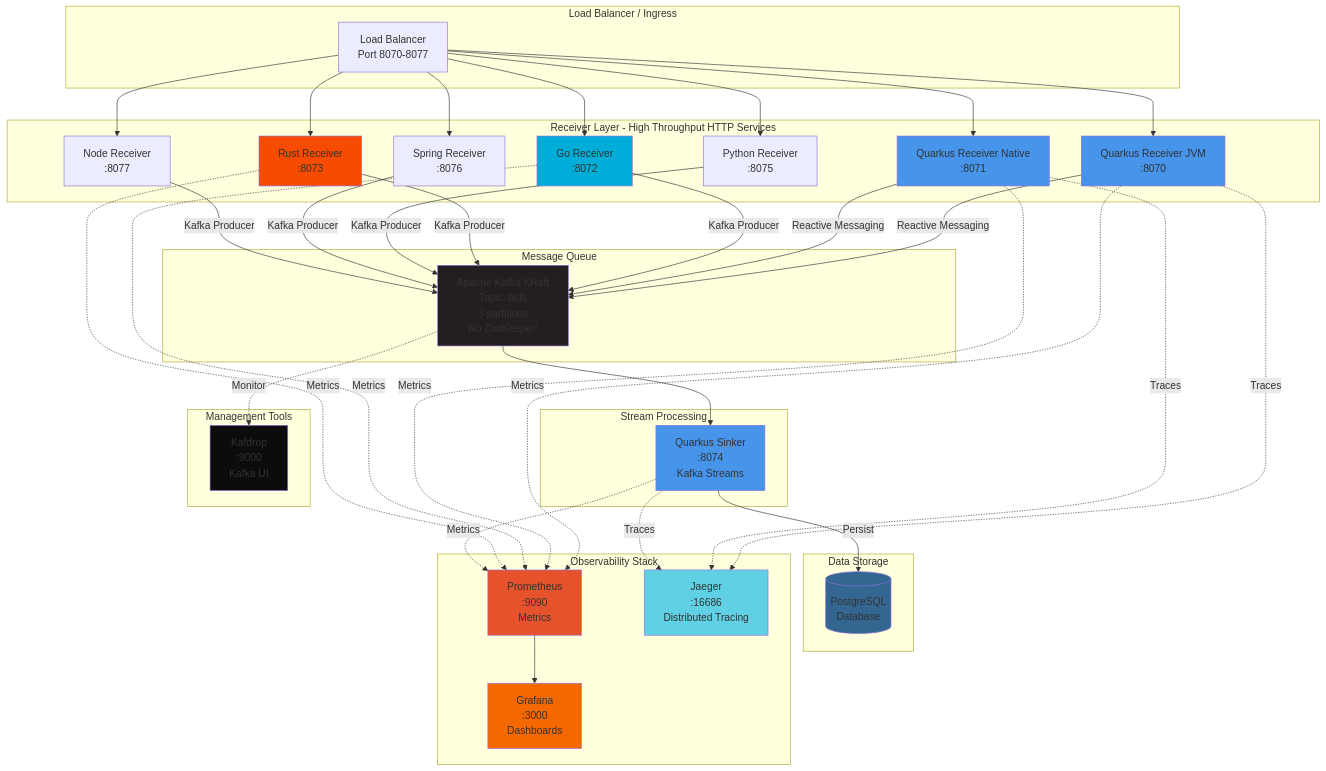
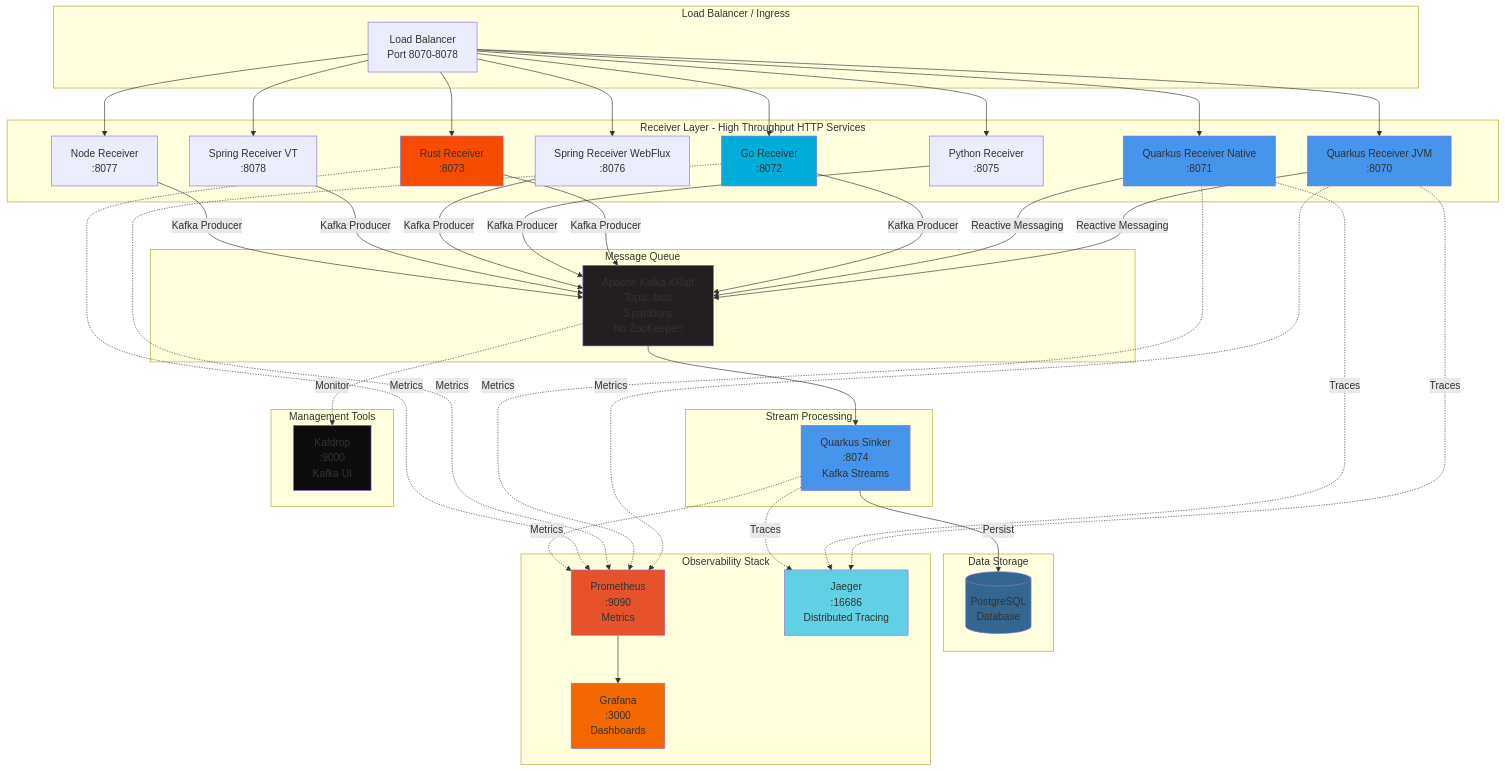
The diagram in README.md (dtkmn/rtb-ingress-benchmark), drawn with Mermaid before and after one commit. The commit also changed other lines of this file, not shown here.

Commit message:
chore: Update README with Spring virtual receiver details, WebFlux migration, port changes, and benchmark configuration adjustments

````diff
--- a/README.md
+++ b/README.md
@@ -57,7 +57,7 @@
 ```mermaid
 graph TB
     subgraph "Load Balancer / Ingress"
-        LB[Load Balancer<br/>Port 8070-8077]
+        LB[Load Balancer<br/>Port 8070-8078]
     end
     
     subgraph "Receiver Layer - High Throughput HTTP Services"
@@ -66,7 +66,8 @@
         GR[Go Receiver<br/>:8072]
         RR[Rust Receiver<br/>:8073]
         PR[Python Receiver<br/>:8075]
-        SR[Spring Receiver<br/>:8076]
+        SR[Spring Receiver WebFlux<br/>:8076]
+        SVR[Spring Receiver VT<br/>:8078]
         NR[Node Receiver<br/>:8077]
     end
     
@@ -98,6 +99,7 @@
     LB --> RR
     LB --> PR
     LB --> SR
+    LB --> SVR
     LB --> NR
     
     QR -->|Reactive Messaging| K
@@ -106,6 +108,7 @@
     RR -->|Kafka Producer| K
     PR -->|Kafka Producer| K
     SR -->|Kafka Producer| K
+    SVR -->|Kafka Producer| K
     NR -->|Kafka Producer| K
     
     K --> QS
````
